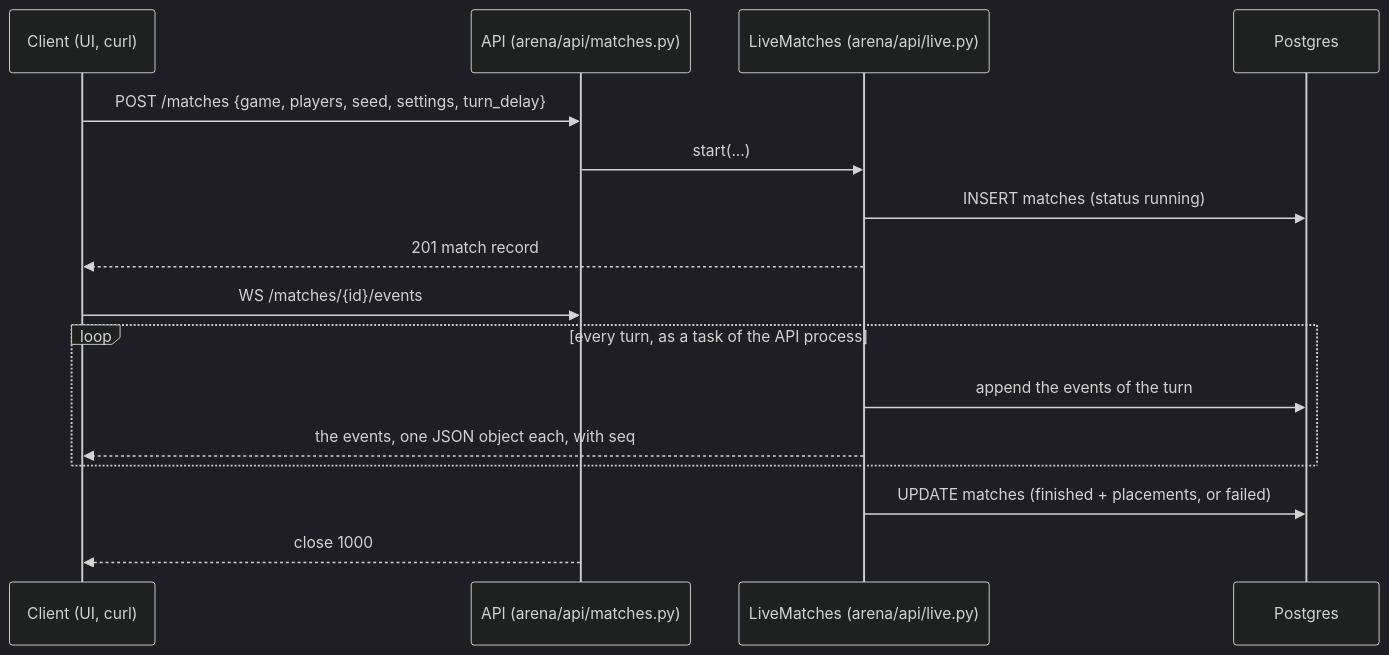
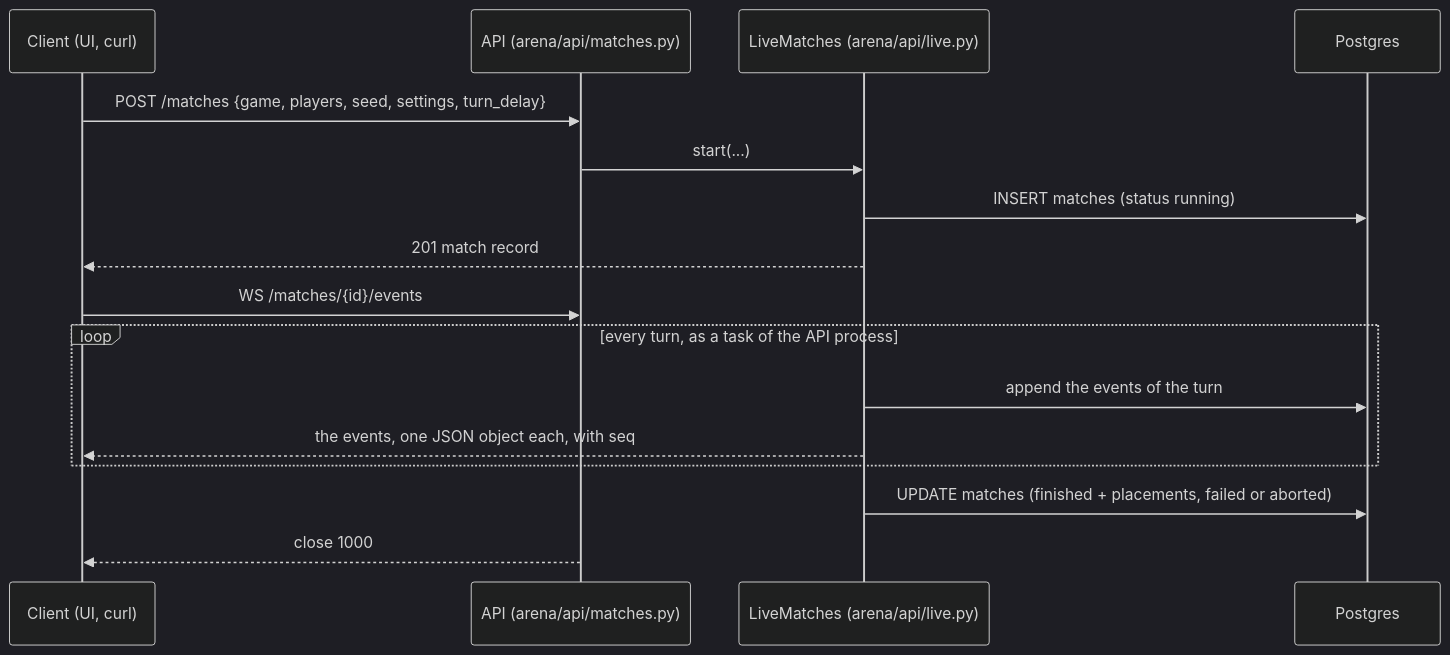
Before and after one commit to NwebNotFound/aigameversus: the fourth of 4 diagrams in docs/ARCHITECTURE.md, drawn with Mermaid (dark theme). The commit also changed other lines of this file and 8 other files, not shown here.

````diff
--- a/docs/ARCHITECTURE.md
+++ b/docs/ARCHITECTURE.md
@@ -153,18 +153,18 @@
 ```mermaid
 sequenceDiagram
     participant C as Client (UI, curl)
     participant A as API (arena/api/matches.py)
     participant L as LiveMatches (arena/api/live.py)
     participant D as Postgres
     C->>A: POST /matches {game, players, seed, settings, turn_delay}
     A->>L: start(...)
     L->>D: INSERT matches (status running)
     L-->>C: 201 match record
     C->>A: WS /matches/{id}/events
     loop every turn, as a task of the API process
         L->>D: append the events of the turn
         L-->>C: the events, one JSON object each, with seq
     end
-    L->>D: UPDATE matches (finished + placements, or failed)
+    L->>D: UPDATE matches (finished + placements, failed or aborted)
     A-->>C: close 1000
 ```
````
